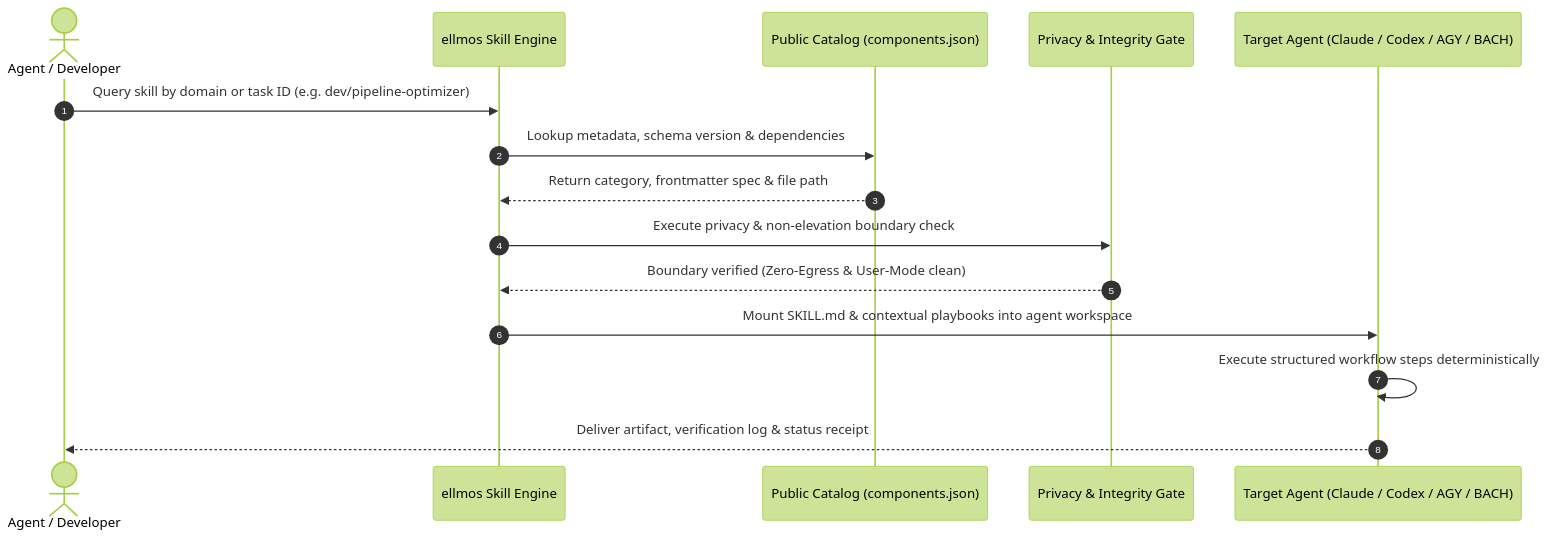
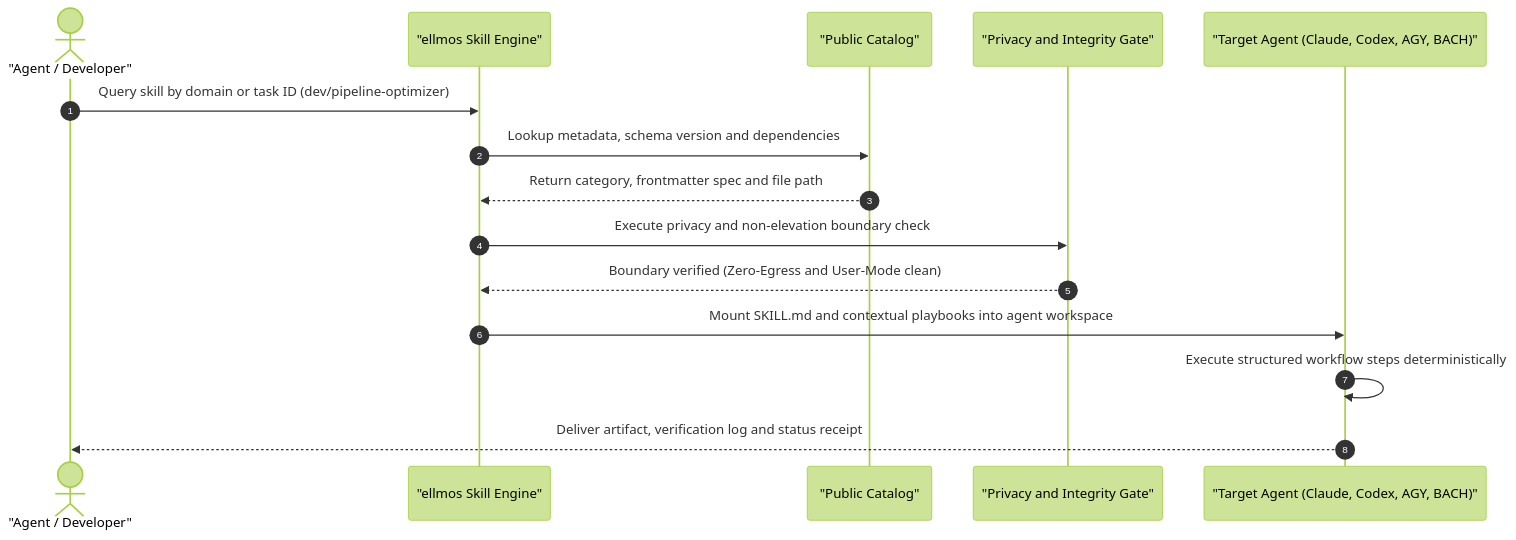
The second of 2 diagrams in README.md (ellmos-ai/skills), drawn with Mermaid (forest theme) before and after one commit. The commit also changed other lines of this file and 1 other file, not shown here.

Commit message:
fix(docs): repair Mermaid diagram syntax in README and README_de

````diff
--- a/README.md
+++ b/README.md
@@ -88,18 +88,18 @@
 ```mermaid
 sequenceDiagram
     autonumber
-    actor Operator as Agent / Developer
-    participant Dispatcher as ellmos Skill Engine
-    participant Registry as Public Catalog (components.json)
-    participant Gate as Privacy & Integrity Gate
-    participant Runtime as Target Agent (Claude / Codex / AGY / BACH)
+    actor Operator as "Agent / Developer"
+    participant Dispatcher as "ellmos Skill Engine"
+    participant Registry as "Public Catalog"
+    participant Gate as "Privacy and Integrity Gate"
+    participant Runtime as "Target Agent (Claude, Codex, AGY, BACH)"
 
-    Operator->>Dispatcher: Query skill by domain or task ID (e.g. dev/pipeline-optimizer)
-    Dispatcher->>Registry: Lookup metadata, schema version & dependencies
-    Registry-->>Dispatcher: Return category, frontmatter spec & file path
-    Dispatcher->>Gate: Execute privacy & non-elevation boundary check
-    Gate-->>Dispatcher: Boundary verified (Zero-Egress & User-Mode clean)
-    Dispatcher->>Runtime: Mount SKILL.md & contextual playbooks into agent workspace
+    Operator->>Dispatcher: Query skill by domain or task ID (dev/pipeline-optimizer)
+    Dispatcher->>Registry: Lookup metadata, schema version and dependencies
+    Registry-->>Dispatcher: Return category, frontmatter spec and file path
+    Dispatcher->>Gate: Execute privacy and non-elevation boundary check
+    Gate-->>Dispatcher: Boundary verified (Zero-Egress and User-Mode clean)
+    Dispatcher->>Runtime: Mount SKILL.md and contextual playbooks into agent workspace
     Runtime->>Runtime: Execute structured workflow steps deterministically
-    Runtime-->>Operator: Deliver artifact, verification log & status receipt
+    Runtime-->>Operator: Deliver artifact, verification log and status receipt
 ```
````
